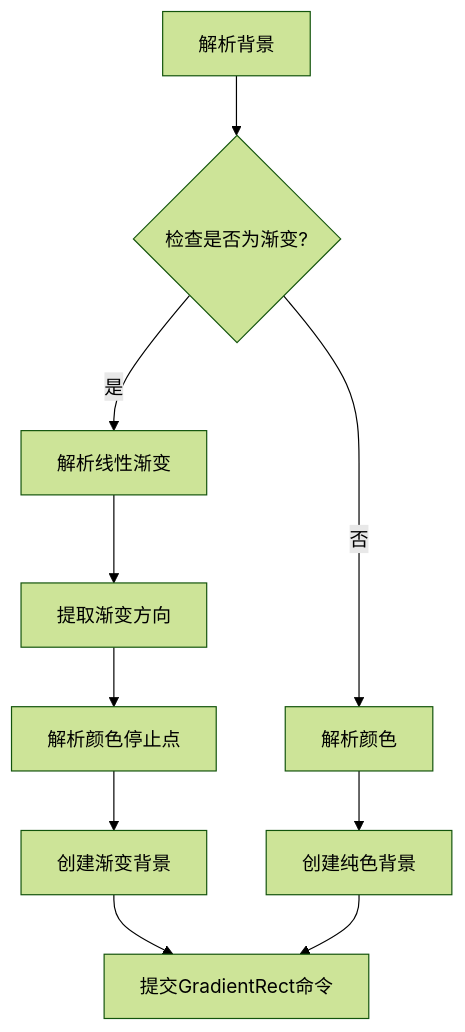
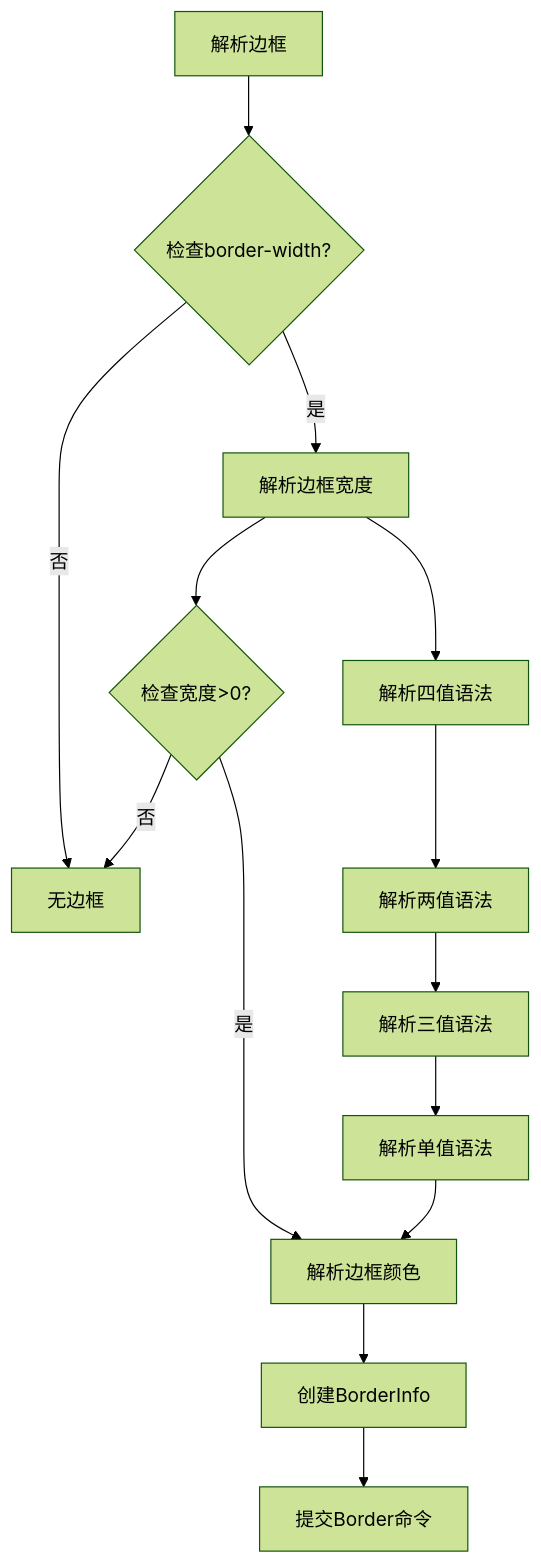
Before and after one commit to itszzl-sudo/iris: the eighth of 11 diagrams in .qoder/repowiki/zh/content/技术架构详解/WebGPU渲染引擎/VNode GPU渲染器模块.md, drawn with Mermaid (forest theme). The commit also changed other lines of this file and 4 other files, not shown here.

````diff
--- a/.qoder/repowiki/zh/content/技术架构详解/WebGPU渲染引擎/VNode GPU渲染器模块.md
+++ b/.qoder/repowiki/zh/content/技术架构详解/WebGPU渲染引擎/VNode GPU渲染器模块.md
@@ -350,12 +368,16 @@
 ```mermaid
 flowchart TD
-ParseBackground[解析背景] --> CheckGradient{检查是否为渐变?}
-CheckGradient --> |是| ParseGradient[解析线性渐变]
-CheckGradient --> |否| ParseColor[解析颜色]
-ParseGradient --> ExtractDirection[提取渐变方向]
-ExtractDirection --> ParseColors[解析颜色停止点]
-ParseColors --> CreateGradient[创建渐变背景]
-ParseColor --> CreateSolid[创建纯色背景]
-CreateGradient --> SubmitCommand[提交GradientRect命令]
-CreateSolid --> SubmitCommand
+ParseBorder[解析边框] --> CheckWidth{检查border-width?}
+CheckWidth --> |是| ParseWidth[解析边框宽度]
+CheckWidth --> |否| NoBorder[无边框]
+ParseWidth --> CheckZero{检查宽度>0?}
+CheckZero --> |否| NoBorder
+CheckZero --> |是| ParseColor[解析边框颜色]
+ParseWidth --> ParseFourValues[解析四值语法]
+ParseFourValues --> ParseTwoValues[解析两值语法]
+ParseTwoValues --> ParseThreeValues[解析三值语法]
+ParseThreeValues --> ParseSingleValue[解析单值语法]
+ParseSingleValue --> ParseColor
+ParseColor --> CreateBorder[创建BorderInfo]
+CreateBorder --> SubmitCommand[提交Border命令]
 ```
````
